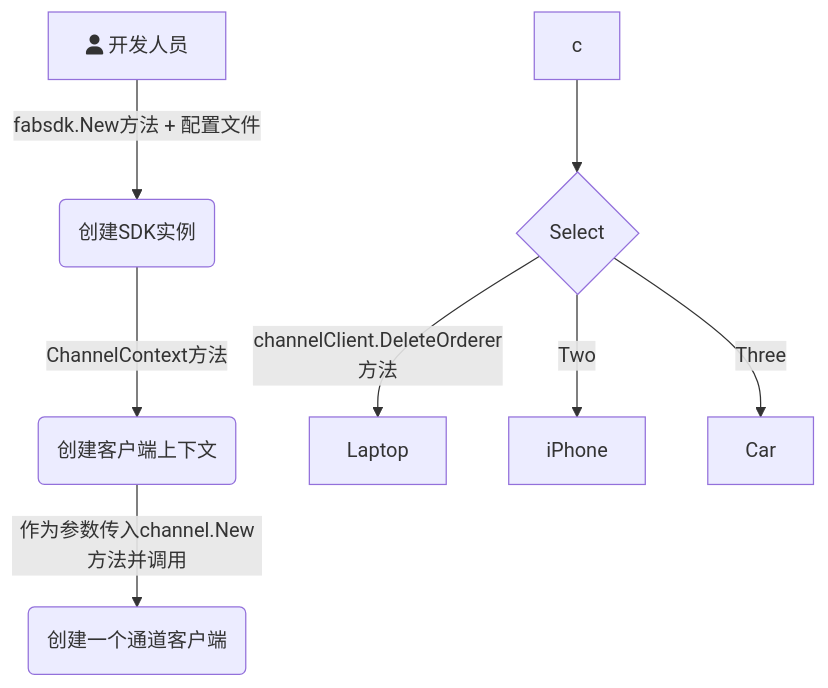
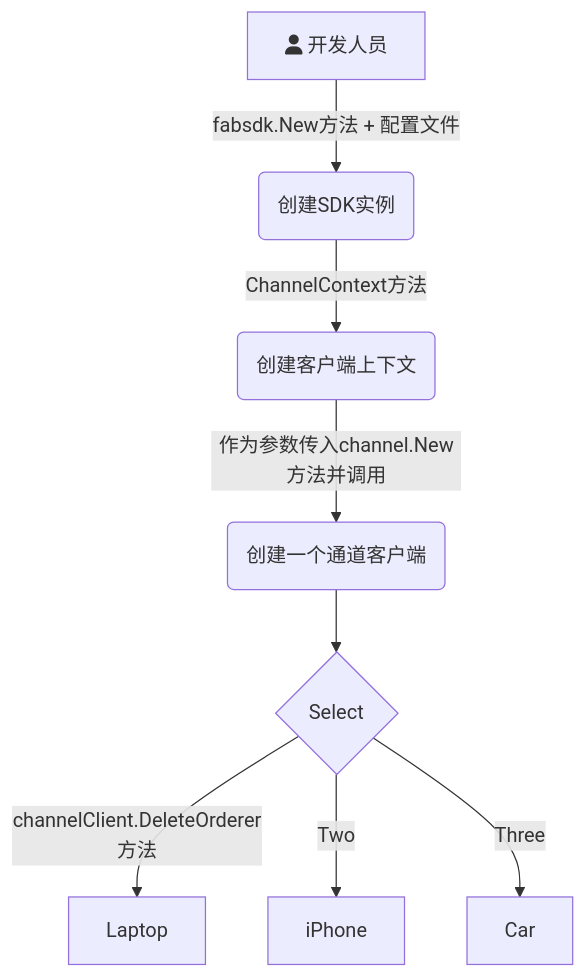
Before and after one commit to Utekichan/iodraw-files: the diagram in all/未命名.md, drawn with Mermaid.

Commit message:
2024-03-30 22:20:44 update

````diff
--- a/all/未命名.md
+++ b/all/未命名.md
@@ -1,11 +1,11 @@
 ```mermaid
 graph TD
     A[fa:fa-user 开发人员] -->|fabsdk.New方法 + 配置文件| B(创建SDK实例)
     B-->|ChannelContext方法| C(创建客户端上下文)
     C-->|作为参数传入channel.New方法并调用| D(创建一个通道客户端)
-    c --> E{Select}
+    D --> E{Select}
     E -->|channelClient.DeleteOrderer方法| F[Laptop]
     E -->|Two| G[iPhone]
     E -->|Three| H[Car]
   
 ```
````
